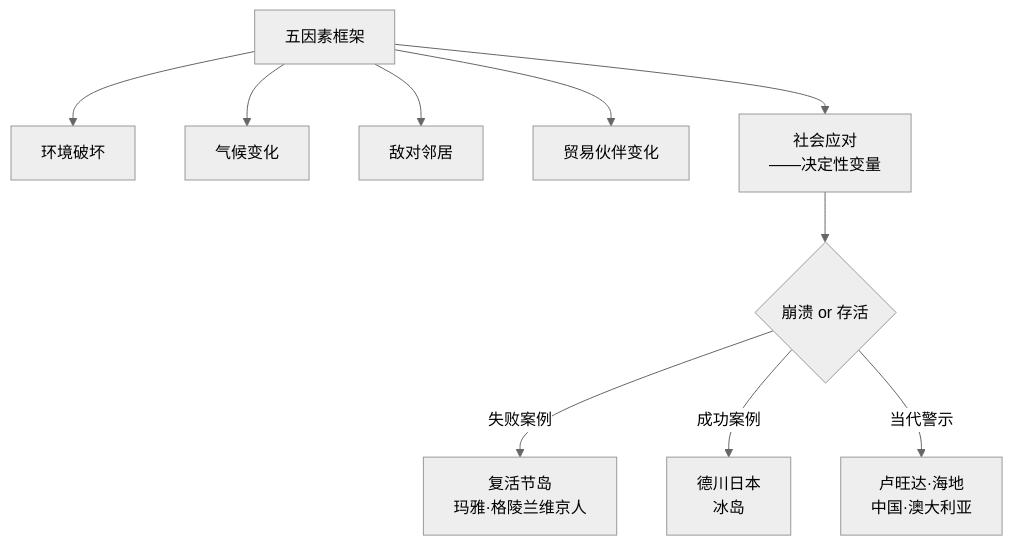
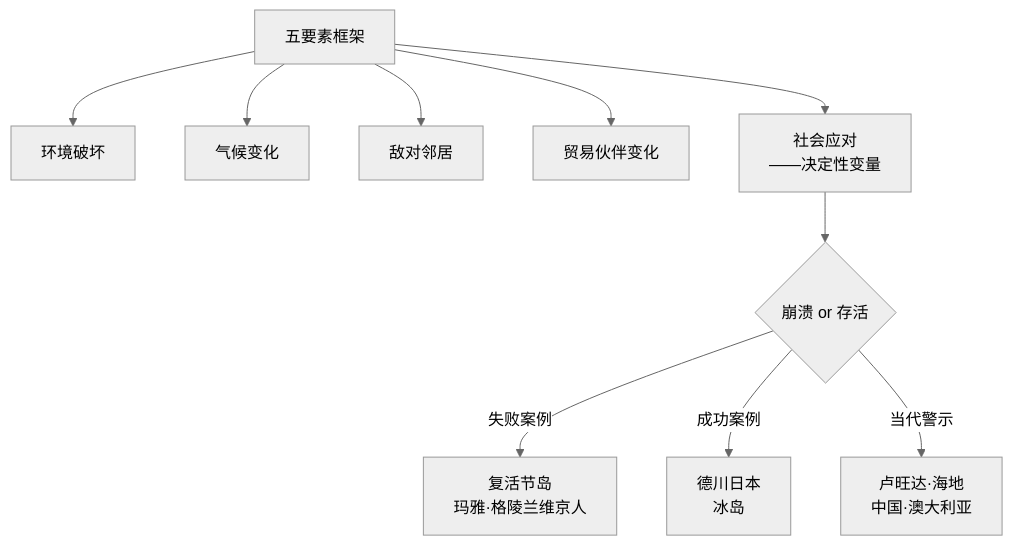
Before and after one commit to xdawayer/obsidian: the first of 3 diagrams in 知识库/历史类/《崩溃》 - 贾雷德·戴蒙德.md, drawn with Mermaid (neutral theme). The commit also changed other lines of this file and 42 other files, not shown here.

````diff
--- a/知识库/历史类/《崩溃》 - 贾雷德·戴蒙德.md
+++ b/知识库/历史类/《崩溃》 - 贾雷德·戴蒙德.md
@@ -32,12 +40,12 @@
 ```mermaid
 graph TD
-    A[五因素框架] --> B[环境破坏]
+    A[五要素框架] --> B[环境破坏]
     A --> C[气候变化]
     A --> D[敌对邻居]
     A --> E[贸易伙伴变化]
     A --> F[社会应对<br/>——决定性变量]
     F --> G{崩溃 or 存活}
     G -->|失败案例| H[复活节岛<br/>玛雅·格陵兰维京人]
     G -->|成功案例| I[德川日本<br/>冰岛]
     G -->|当代警示| J[卢旺达·海地<br/>中国·澳大利亚]
 ```
````
